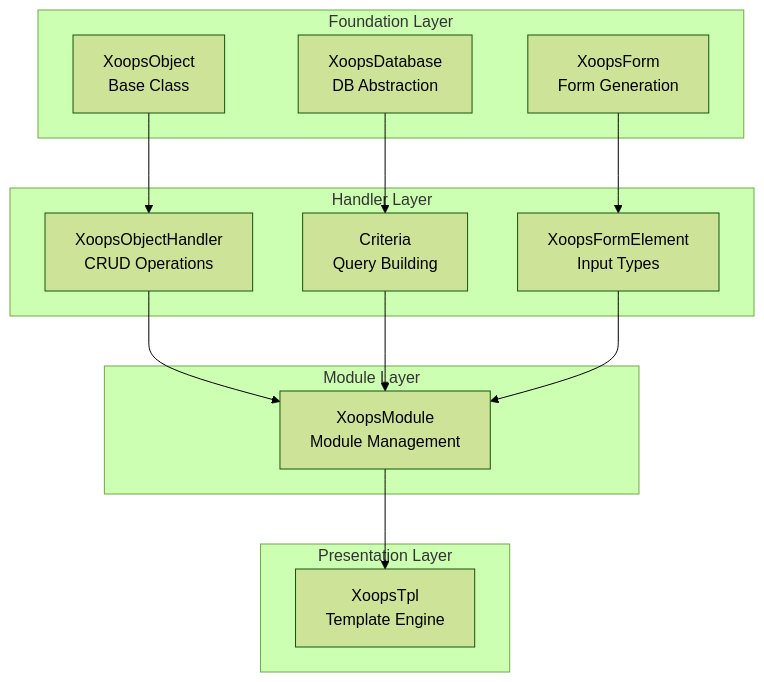
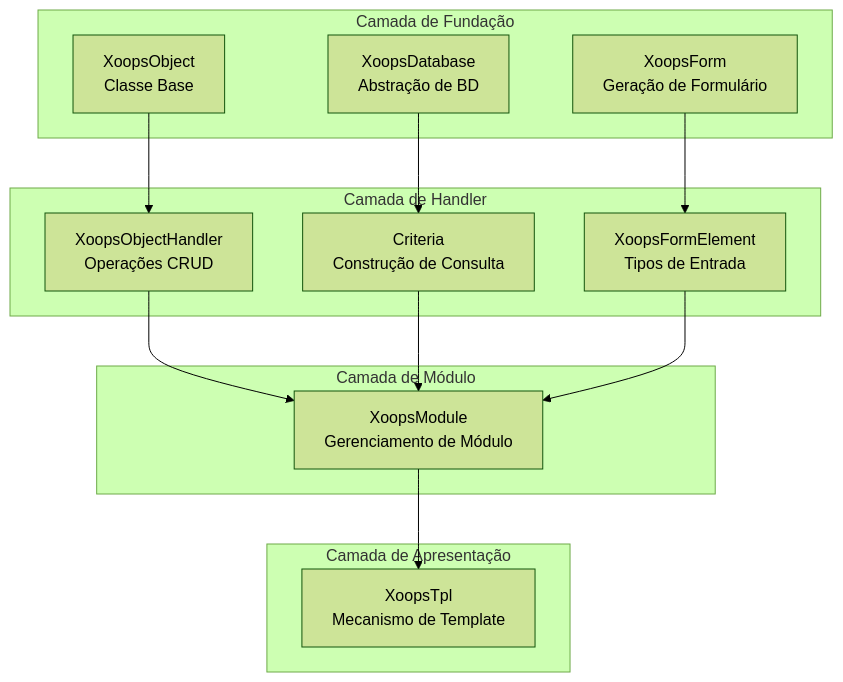
Before and after one commit to mambax7/xoops-docs: the first of 4 diagrams in apps/docs-27/src/content/docs/pt/api-reference/index.md, drawn with Mermaid (forest theme). The commit also changed other lines of this file and 162 other files, not shown here.

````diff
--- a/apps/docs-27/src/content/docs/pt/api-reference/index.md
+++ b/apps/docs-27/src/content/docs/pt/api-reference/index.md
@@ -76,30 +76,30 @@
 ```mermaid
 flowchart TB
-    subgraph "Foundation Layer"
-        XO[XoopsObject<br/>Base Class]
-        XD[XoopsDatabase<br/>DB Abstraction]
-        XF[XoopsForm<br/>Form Generation]
+    subgraph "Camada de Fundação"
+        XO[XoopsObject<br/>Classe Base]
+        XD[XoopsDatabase<br/>Abstração de BD]
+        XF[XoopsForm<br/>Geração de Formulário]
     end
 
-    subgraph "Handler Layer"
-        XOH[XoopsObjectHandler<br/>CRUD Operations]
-        CR[Criteria<br/>Query Building]
-        XFE[XoopsFormElement<br/>Input Types]
+    subgraph "Camada de Handler"
+        XOH[XoopsObjectHandler<br/>Operações CRUD]
+        CR[Criteria<br/>Construção de Consulta]
+        XFE[XoopsFormElement<br/>Tipos de Entrada]
     end
 
-    subgraph "Module Layer"
-        XM[XoopsModule<br/>Module Management]
+    subgraph "Camada de Módulo"
+        XM[XoopsModule<br/>Gerenciamento de Módulo]
     end
 
-    subgraph "Presentation Layer"
-        XT[XoopsTpl<br/>Template Engine]
+    subgraph "Camada de Apresentação"
+        XT[XoopsTpl<br/>Mecanismo de Template]
     end
 
     XO --> XOH
     XD --> CR
     XF --> XFE
     XOH --> XM
     CR --> XM
     XFE --> XM
     XM --> XT
 ```
````
